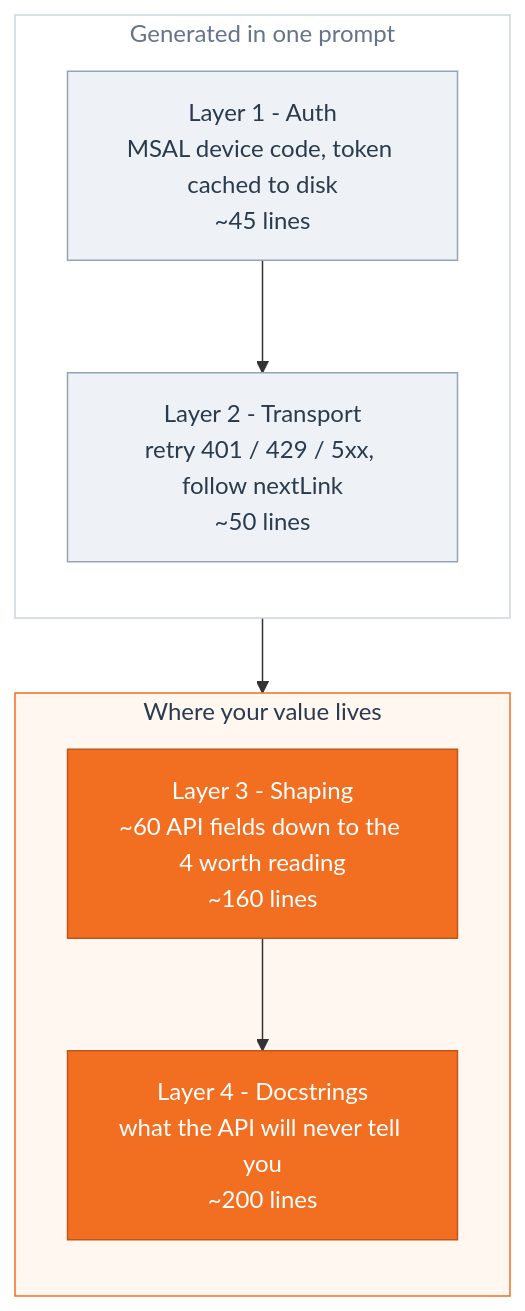
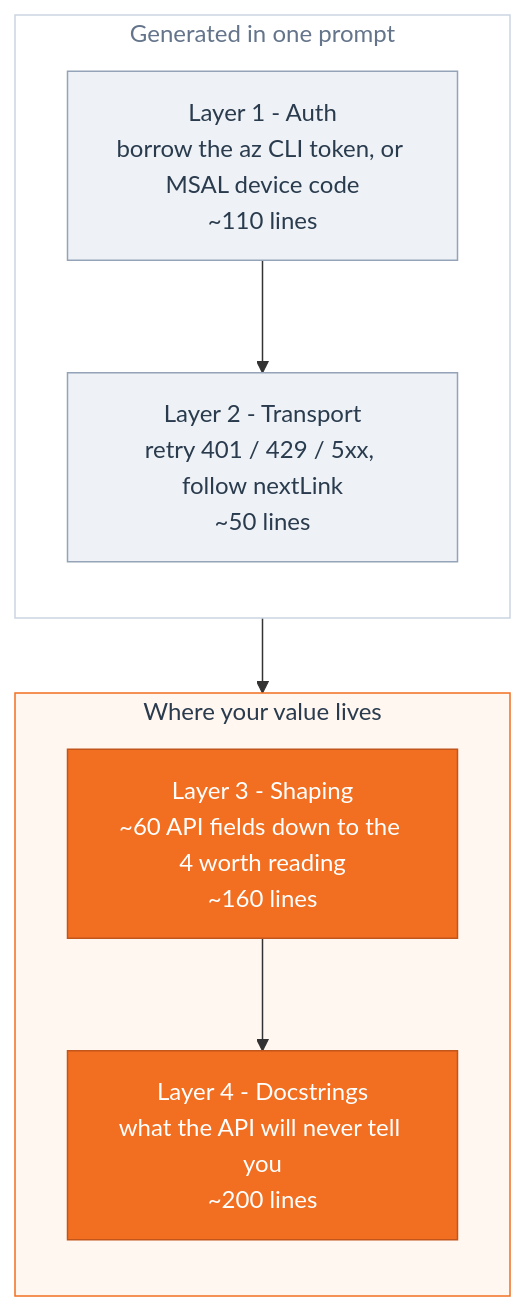
The first of 5 diagrams in README.md (OwnOptic/power-automate-mcp), drawn with Mermaid before and after one commit. The commit also changed other lines of this file and 2 other files, not shown here.

First line of the commit message:
feat: borrow the Azure CLI token so no app registration is needed

````diff
--- a/README.md
+++ b/README.md
@@ -77,23 +77,23 @@
 ```mermaid
 flowchart TB
     subgraph gen["Generated in one prompt"]
         direction TB
-        L1["Layer 1 - Auth<br/>MSAL device code, token cached to disk<br/>~45 lines"]
+        L1["Layer 1 - Auth<br/>borrow the az CLI token, or MSAL device code<br/>~110 lines"]
         L2["Layer 2 - Transport<br/>retry 401 / 429 / 5xx, follow nextLink<br/>~50 lines"]
         L1 --> L2
     end
     subgraph own["Where your value lives"]
         direction TB
         L3["Layer 3 - Shaping<br/>~60 API fields down to the 4 worth reading<br/>~160 lines"]
         L4["Layer 4 - Docstrings<br/>what the API will never tell you<br/>~200 lines"]
         L3 --> L4
     end
     gen --> own
 
     classDef cheap fill:#eef2f6,stroke:#94a3b8,color:#2A3B4E
     classDef dear fill:#F26F21,stroke:#c2551a,color:#ffffff
     class L1,L2 cheap
     class L3,L4 dear
     style gen fill:#ffffff,stroke:#cbd5e1,color:#64748b
     style own fill:#fff7f0,stroke:#F26F21,color:#2A3B4E
 ```
````
